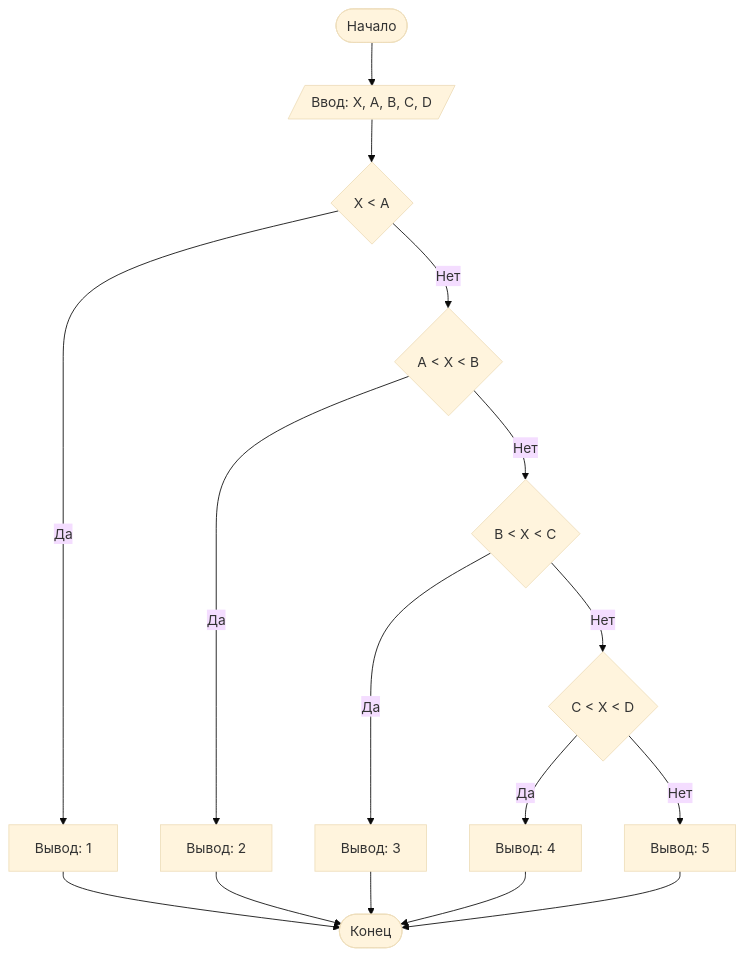
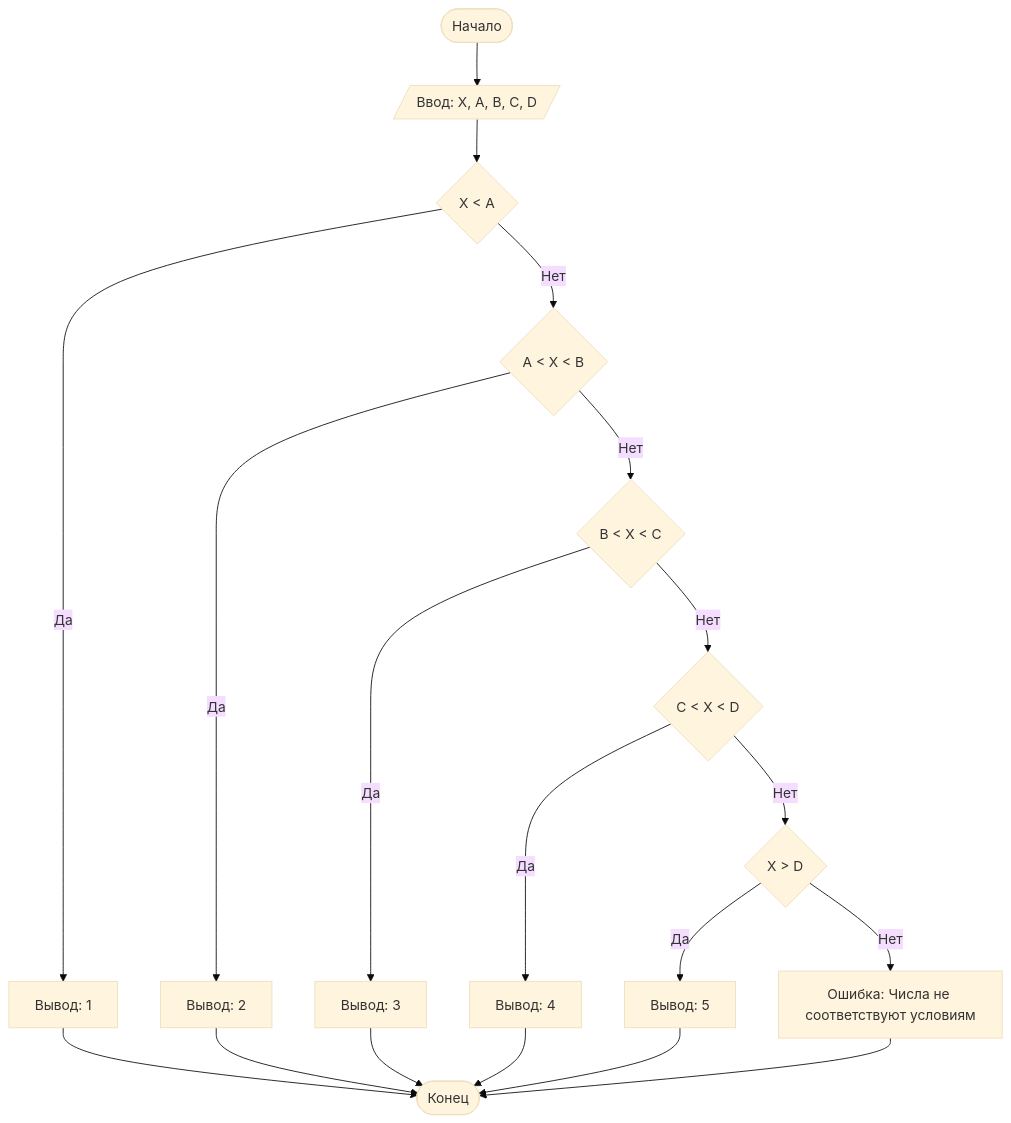
Before and after one commit to wh1teshark/Lab-1: the diagram in README.md, drawn with Mermaid (base theme). The commit also changed other lines of this file, not shown here.

````diff
--- a/README.md
+++ b/README.md
@@ -69,20 +69,24 @@
 ```mermaid
- 	graph TD;
+graph TD;
     A([Начало]) --> B[/Ввод: X, A, B, C, D/];
     B --> C{X < A};
     C -- Да --> D[Вывод: 1];
     C -- Нет --> E{A < X < B};
     E -- Да --> F[Вывод: 2];
     E -- Нет --> G{B < X < C};
     G -- Да --> H[Вывод: 3];
     G -- Нет --> I{C < X < D};
     I -- Да --> J[Вывод: 4];
-    I -- Нет --> K[Вывод: 5];
-    D --> L([Конец]);
-    F --> L;
-    H --> L;
-    J --> L;
-    K --> L;
+    I -- Нет --> K{X > D};
+    K -- Да --> L[Вывод: 5];
+    K -- Нет --> M[Ошибка: Числа не соответствуют условиям];
+    D --> N([Конец]);
+    F --> N;
+    H --> N;
+    J --> N;
+    L --> N;
+    M --> N;
+
 
 
 ```
````
